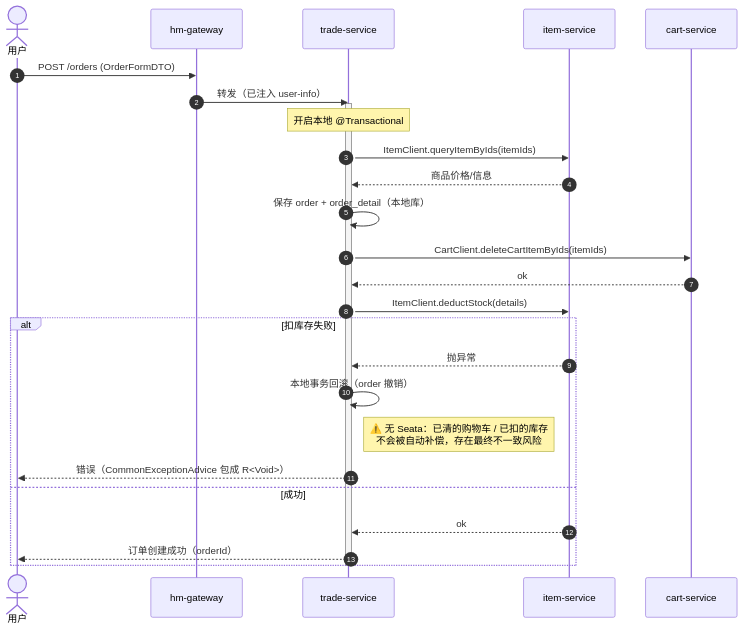
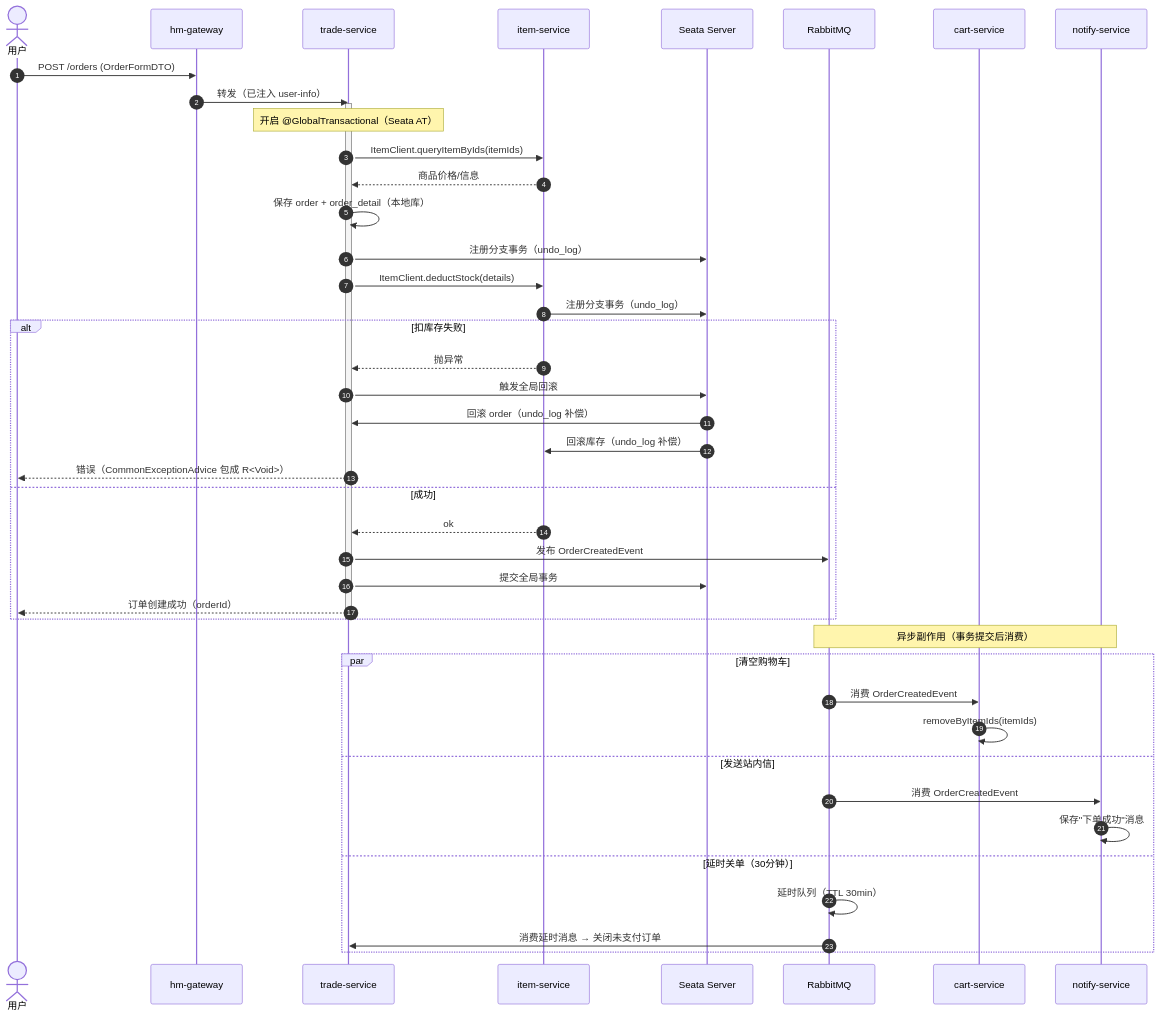
The second of 3 diagrams in docs/structure/03-sequence-diagrams.md (3219378872/web-dev-experiment), drawn with Mermaid before and after one commit. The commit also changed other lines of this file and 4 other files, not shown here.

First line of the commit message:
docs: update structure diagrams for Seata/RabbitMQ/MinIO integration

````diff
--- a/docs/structure/03-sequence-diagrams.md
+++ b/docs/structure/03-sequence-diagrams.md
@@ -44,30 +44,49 @@
 ```mermaid
 sequenceDiagram
     autonumber
     actor U as 用户
     participant GW as hm-gateway
     participant TS as trade-service
     participant IS as item-service
+    participant Seata as Seata Server
+    participant RMQ as RabbitMQ
     participant CS as cart-service
+    participant NS as notify-service
 
     U->>GW: POST /orders (OrderFormDTO)
     GW->>TS: 转发（已注入 user-info）
     activate TS
-    Note over TS: 开启本地 @Transactional
+    Note over TS: 开启 @GlobalTransactional（Seata AT）
+
     TS->>IS: ItemClient.queryItemByIds(itemIds)
     IS-->>TS: 商品价格/信息
     TS->>TS: 保存 order + order_detail（本地库）
-    TS->>CS: CartClient.deleteCartItemByIds(itemIds)
-    CS-->>TS: ok
+    TS->>Seata: 注册分支事务（undo_log）
     TS->>IS: ItemClient.deductStock(details)
+    IS->>Seata: 注册分支事务（undo_log）
     alt 扣库存失败
         IS-->>TS: 抛异常
-        TS->>TS: 本地事务回滚（order 撤销）
-        Note right of TS: ⚠️ 无 Seata：已清的购物车 / 已扣的库存<br/>不会被自动补偿，存在最终不一致风险
+        TS->>Seata: 触发全局回滚
+        Seata->>TS: 回滚 order（undo_log 补偿）
+        Seata->>IS: 回滚库存（undo_log 补偿）
         TS-->>U: 错误（CommonExceptionAdvice 包成 R<Void>）
     else 成功
         IS-->>TS: ok
+        TS->>RMQ: 发布 OrderCreatedEvent
+        TS->>Seata: 提交全局事务
         TS-->>U: 订单创建成功（orderId）
     end
     deactivate TS
+
+    Note over RMQ,NS: 异步副作用（事务提交后消费）
+    par 清空购物车
+        RMQ->>CS: 消费 OrderCreatedEvent
+        CS->>CS: removeByItemIds(itemIds)
+    and 发送站内信
+        RMQ->>NS: 消费 OrderCreatedEvent
+        NS->>NS: 保存"下单成功"消息
+    and 延时关单（30分钟）
+        RMQ->>RMQ: 延时队列（TTL 30min）
+        RMQ->>TS: 消费延时消息 → 关闭未支付订单
+    end
 ```
````
